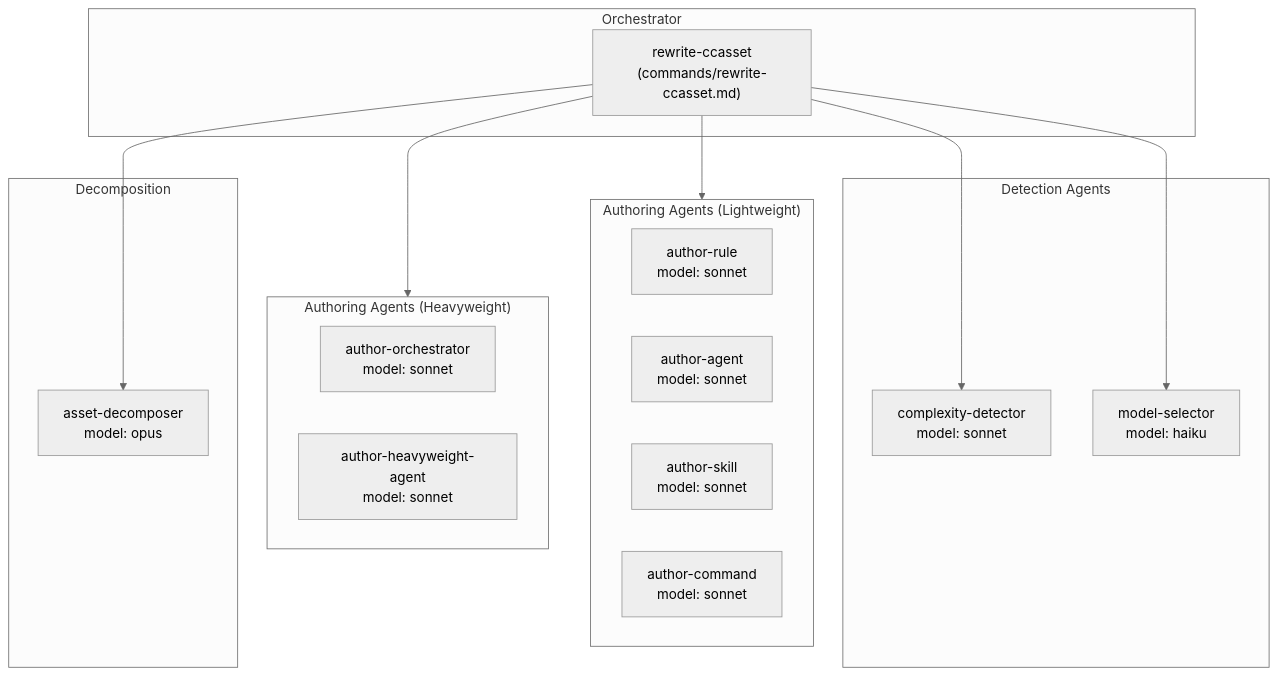
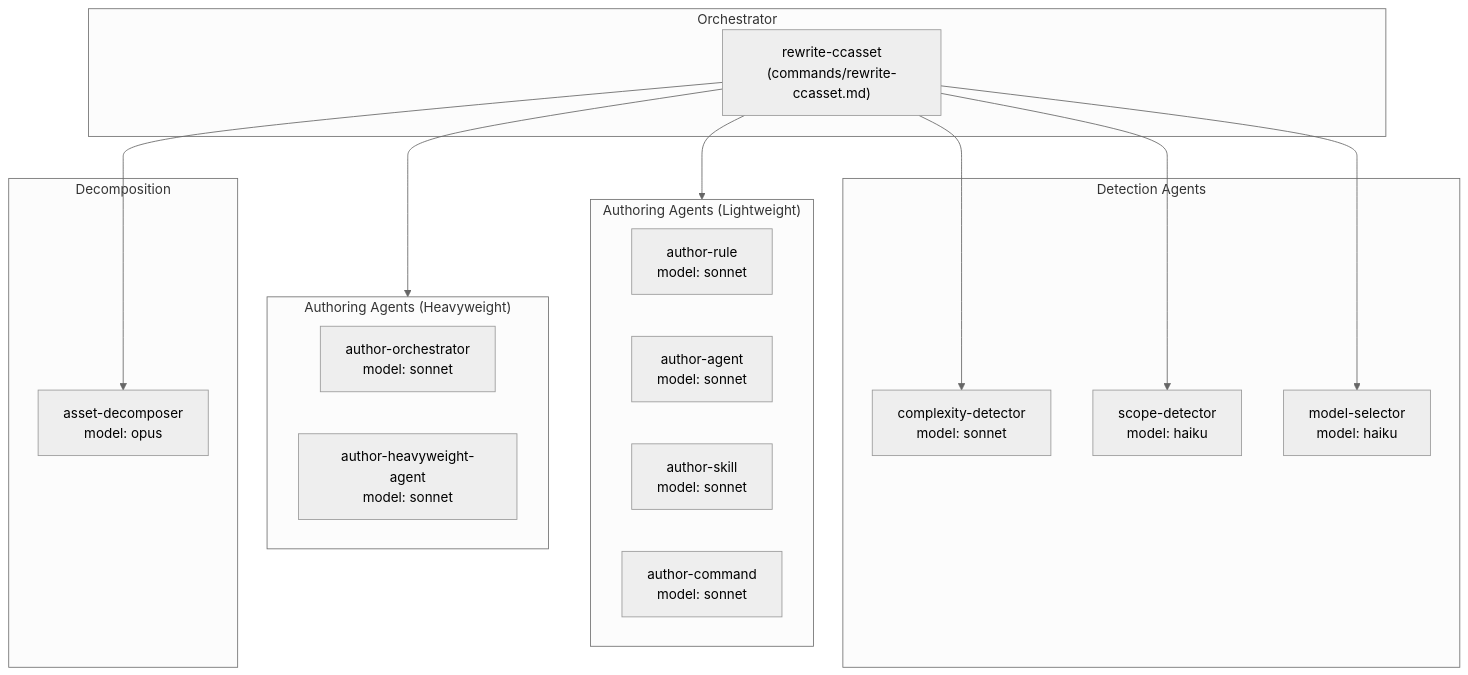
Before and after one commit to DigitalCowboyN/claude-asset-writer: the first of 8 diagrams in docs/architecture.md, drawn with Mermaid (neutral theme). The commit also changed other lines of this file and 10 other files, not shown here.

````diff
--- a/docs/architecture.md
+++ b/docs/architecture.md
@@ -9,33 +9,35 @@
 ```mermaid
 flowchart TB
     subgraph Orchestrator
         rewrite["rewrite-ccasset\n(commands/rewrite-ccasset.md)"]
     end
 
     subgraph Detection["Detection Agents"]
         complexity["complexity-detector\nmodel: sonnet"]
+        scope["scope-detector\nmodel: haiku"]
         model["model-selector\nmodel: haiku"]
     end
 
     subgraph Lightweight["Authoring Agents (Lightweight)"]
         arule["author-rule\nmodel: sonnet"]
         aagent["author-agent\nmodel: sonnet"]
         askill["author-skill\nmodel: sonnet"]
         acmd["author-command\nmodel: sonnet"]
     end
 
     subgraph Heavyweight["Authoring Agents (Heavyweight)"]
         aorch["author-orchestrator\nmodel: sonnet"]
         aheavy["author-heavyweight-agent\nmodel: sonnet"]
     end
 
     subgraph Decomposition
         decomp["asset-decomposer\nmodel: opus"]
     end
 
     rewrite --> complexity
+    rewrite --> scope
     rewrite --> model
     rewrite --> Lightweight
     rewrite --> Heavyweight
     rewrite --> decomp
 ```
````
